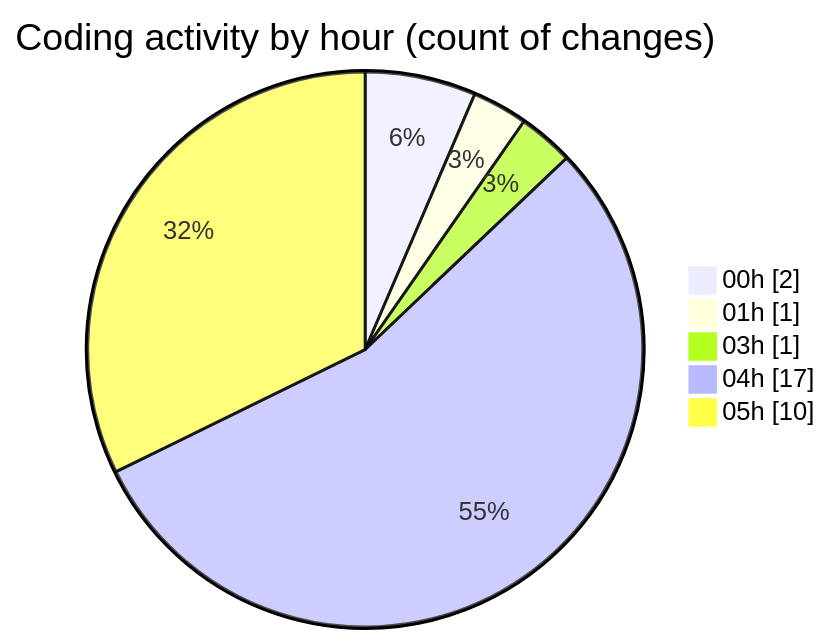
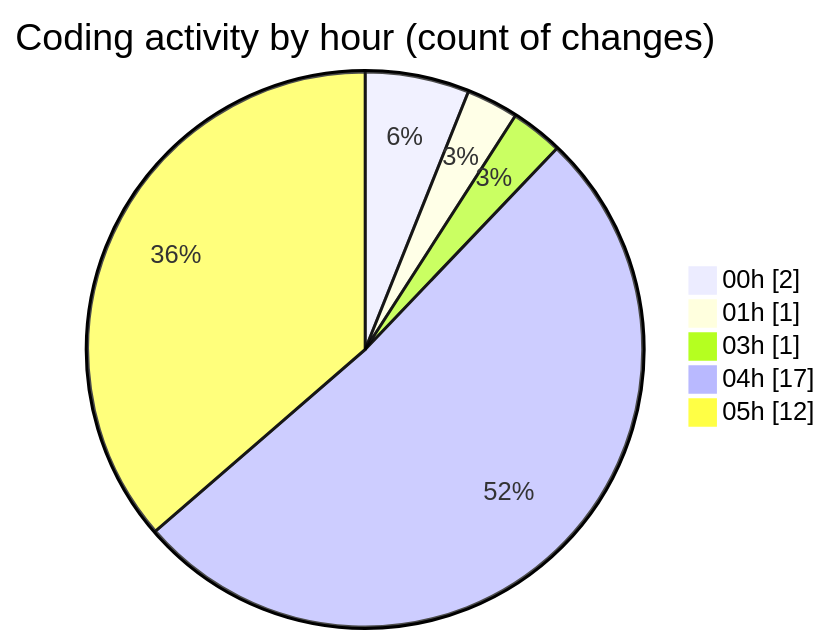
The second of 2 diagrams in 2025-11-14/eventscop-api-guide__workspace_/README.md (julien-gomy/code-tracking), drawn with Mermaid before and after one commit. The commit also changed other lines of this file and 1 other file, not shown here.

````diff
--- a/2025-11-14/eventscop-api-guide__workspace_/README.md
+++ b/2025-11-14/eventscop-api-guide__workspace_/README.md
@@ -37,9 +38,9 @@
 ```mermaid
 pie showData
 title Coding activity by hour (count of changes)
 "00h" : 2
 "01h" : 1
 "03h" : 1
 "04h" : 17
-"05h" : 10
+"05h" : 12
 ```
````
